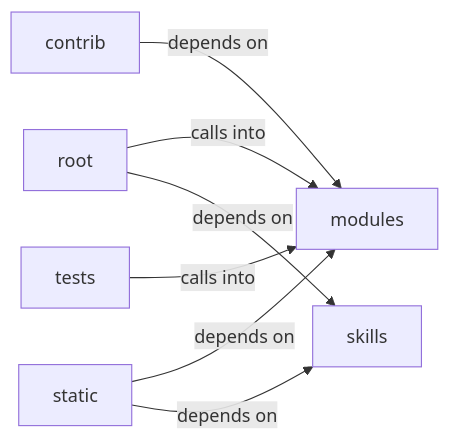
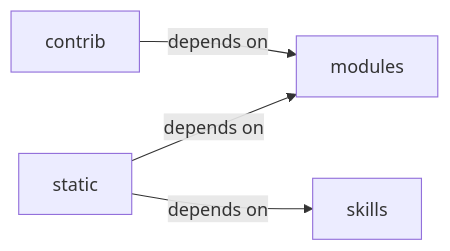
Before and after one commit to grisuno/LazyOwn: the diagram in readmenator-diagrams/skills_claude_md_orchestrator.md, drawn with Mermaid. The commit also changed other lines of this file and 424 other files, not shown here.

````diff
--- a/readmenator-diagrams/skills_claude_md_orchestrator.md
+++ b/readmenator-diagrams/skills_claude_md_orchestrator.md
@@ -5,15 +5,10 @@
 ```mermaid
 graph LR
     contrib["contrib"]
     modules["modules"]
-    root["root"]
     skills["skills"]
     static["static"]
-    tests["tests"]
     contrib -- "depends on" --> modules
-    root -- "calls into" --> modules
-    root -- "depends on" --> skills
     static -- "depends on" --> modules
     static -- "depends on" --> skills
-    tests -- "calls into" --> modules
 ```
````
